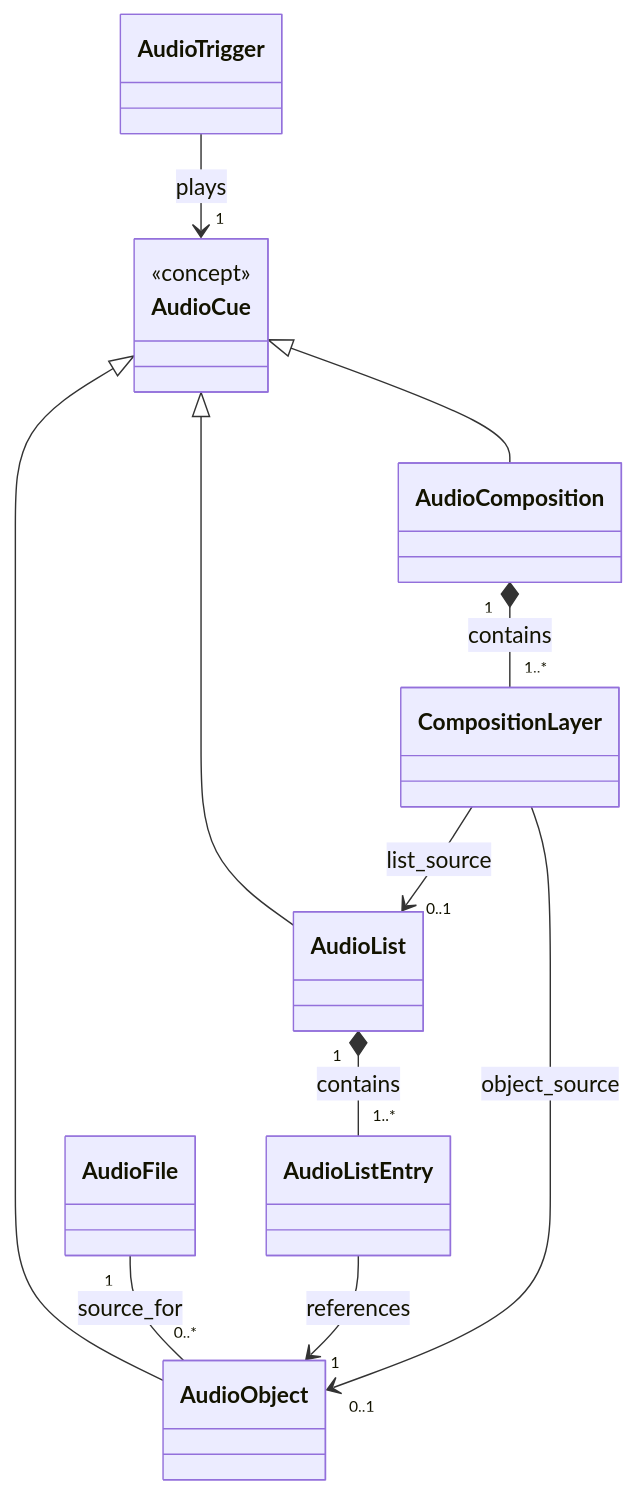
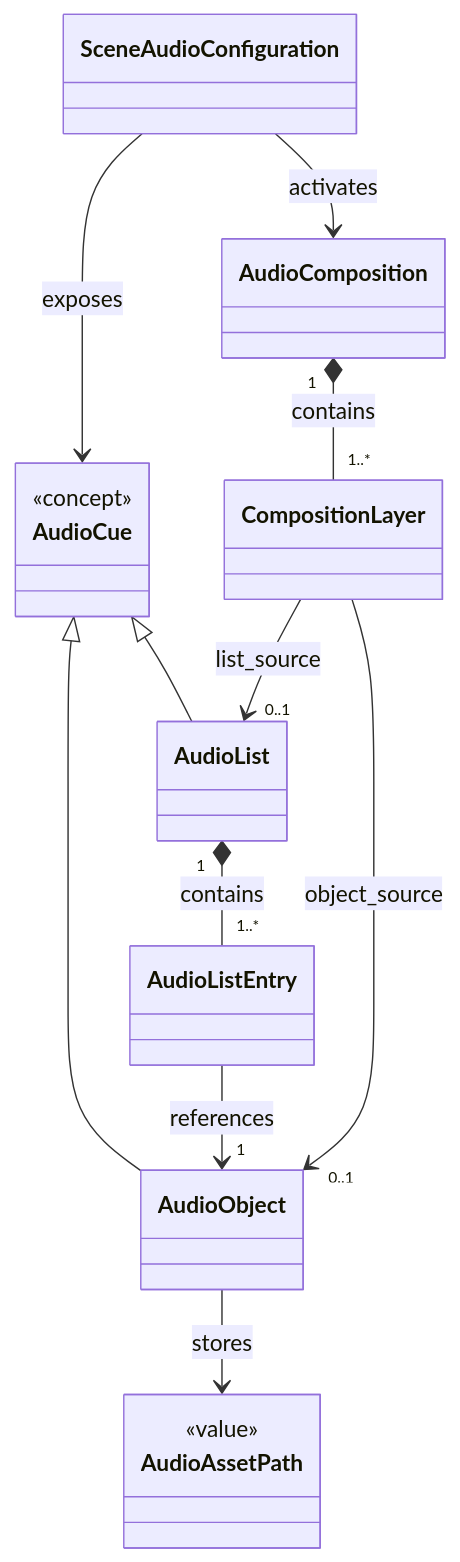
The diagram in docs/ARCHITECTURE/tools/audio-mixer/README.md (Lucas-GBP/tabletop-tool), drawn with Mermaid before and after one commit. The commit also changed other lines of this file and 172 other files, not shown here.

````diff
--- a/docs/ARCHITECTURE/tools/audio-mixer/README.md
+++ b/docs/ARCHITECTURE/tools/audio-mixer/README.md
@@ -10,20 +10,24 @@
 ```mermaid
 classDiagram
     class AudioCue {
         <<concept>>
     }
 
+    class AudioAssetPath {
+        <<value>>
+    }
+
     AudioCue <|-- AudioObject
     AudioCue <|-- AudioList
-    AudioCue <|-- AudioComposition
 
-    AudioFile "1" -- "0..*" AudioObject : source_for
+    AudioObject --> AudioAssetPath : stores
     AudioList "1" *-- "1..*" AudioListEntry : contains
     AudioListEntry --> "1" AudioObject : references
 
     AudioComposition "1" *-- "1..*" CompositionLayer : contains
     CompositionLayer --> "0..1" AudioObject : object_source
     CompositionLayer --> "0..1" AudioList : list_source
 
-    AudioTrigger --> "1" AudioCue : plays
+    SceneAudioConfiguration --> AudioCue : exposes
+    SceneAudioConfiguration --> AudioComposition : activates
 ```
````
